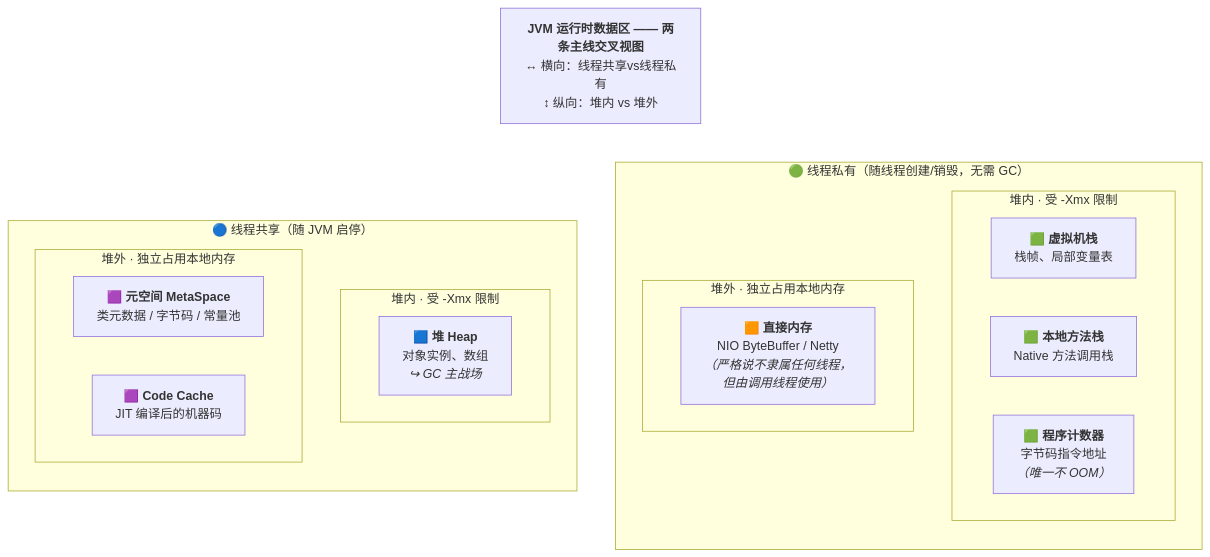
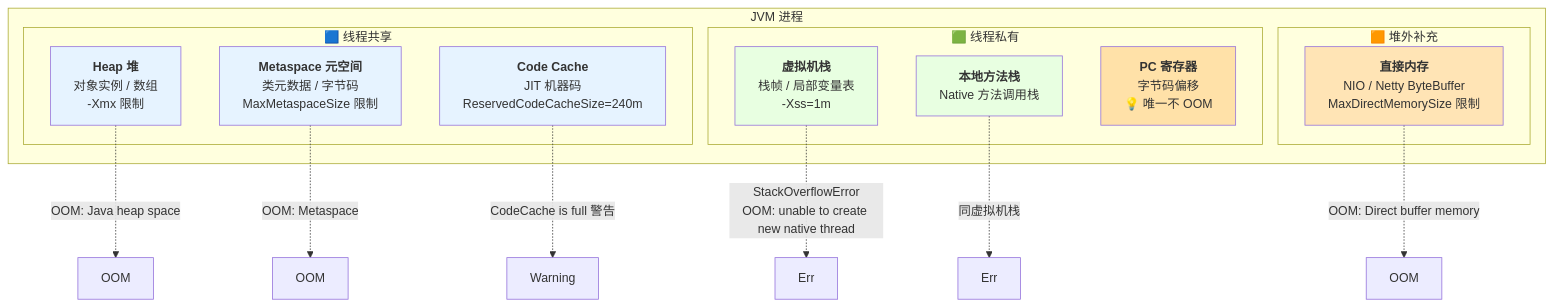
Before and after one commit to b1tzer/b1tzer.github.io: the first of 2 diagrams in docs/01-java-basic/17-JVM 内存分区与对象布局：堆栈元空间三驾马车 + 对象头 Mark Word 的物理透视.md, drawn with Mermaid. The commit also changed other lines of this file and 23 other files, not shown here.

First line of the commit message:
docs(java-basic): rewrite 24 files with in-depth bytecode+JVM perspective

````diff
--- a/docs/01-java-basic/17-JVM 内存分区与对象布局：堆栈元空间三驾马车 + 对象头 Mark Word 的物理透视.md
+++ b/docs/01-java-basic/17-JVM 内存分区与对象布局：堆栈元空间三驾马车 + 对象头 Mark Word 的物理透视.md
@@ -38,30 +180,33 @@
 ```mermaid
 flowchart TB
-    Title["<b>JVM 运行时数据区 —— 两条主线交叉视图</b><br/>↔ 横向：线程共享vs线程私有</br>↕ 纵向：堆内 vs 堆外"]:::title
-
-    subgraph Shared["🔵 线程共享（随 JVM 启停）"]
-        direction TB
-        subgraph S_In["堆内 · 受 -Xmx 限制"]
-            Heap["🟦 <b>堆 Heap</b><br/>对象实例、数组<br/><i>↪ GC 主战场</i>"]:::heap
+    subgraph JVM["JVM 进程"]
+        subgraph Shared["🟦 线程共享"]
+            Heap["<b>Heap 堆</b><br/>对象实例 / 数组<br/>-Xmx 限制"]
+            MetaSpace["<b>Metaspace 元空间</b><br/>类元数据 / 字节码<br/>MaxMetaspaceSize 限制"]
+            CodeCache["<b>Code Cache</b><br/>JIT 机器码<br/>ReservedCodeCacheSize=240m"]
         end
-        subgraph S_Out["堆外 · 独立占用本地内存"]
-            Meta["🟪 <b>元空间 MetaSpace</b><br/>类元数据 / 字节码 / 常量池"]:::offheap
-            Code["🟪 <b>Code Cache</b><br/>JIT 编译后的机器码"]:::offheap
+        subgraph Private["🟩 线程私有"]
+            VMStack["<b>虚拟机栈</b><br/>栈帧 / 局部变量表<br/>-Xss=1m"]
+            NativeStack["<b>本地方法栈</b><br/>Native 方法调用栈"]
+            PC["<b>PC 寄存器</b><br/>字节码偏移<br/>💡 唯一不 OOM"]
+        end
+        subgraph OffHeap["🟧 堆外补充"]
+            Direct["<b>直接内存</b><br/>NIO / Netty ByteBuffer<br/>MaxDirectMemorySize 限制"]
         end
     end
 
-    subgraph Private["🟢 线程私有（随线程创建/销毁，无需 GC）"]
-        direction TB
-        subgraph P_In["堆内 · 受 -Xmx 限制"]
-            Stack["🟩 <b>虚拟机栈</b><br/>栈帧、局部变量表"]:::private
-            NStack["🟩 <b>本地方法栈</b><br/>Native 方法调用栈"]:::private
-            PC["🟩 <b>程序计数器</b><br/>字节码指令地址<br/><i>（唯一不 OOM）</i>"]:::private
-        end
-        subgraph P_Out["堆外 · 独立占用本地内存"]
-            Direct["🟧 <b>直接内存</b><br/>NIO ByteBuffer / Netty<br/><i>（严格说不隶属任何线程，<br/>但由调用线程使用）</i>"]:::direct
-        end
-    end
+    Heap -.->|"OOM: Java heap space"| ErrHeap["OOM"]
+    MetaSpace -.->|"OOM: Metaspace"| ErrMeta["OOM"]
+    CodeCache -.->|"CodeCache is full 警告"| ErrCC["Warning"]
+    VMStack -.->|"StackOverflowError<br/>OOM: unable to create new native thread"| ErrStack["Err"]
+    NativeStack -.->|"同虚拟机栈"| ErrNative["Err"]
+    Direct -.->|"OOM: Direct buffer memory"| ErrDirect["OOM"]
 
-    Title ~~~ Shared
-    Title ~~~ Private
+    style Heap fill:#e6f3ff
+    style MetaSpace fill:#e6f3ff
+    style CodeCache fill:#e6f3ff
+    style VMStack fill:#e8ffe1
+    style NativeStack fill:#e8ffe1
+    style PC fill:#ffe1a8
+    style Direct fill:#ffe4b5
 ```
````
